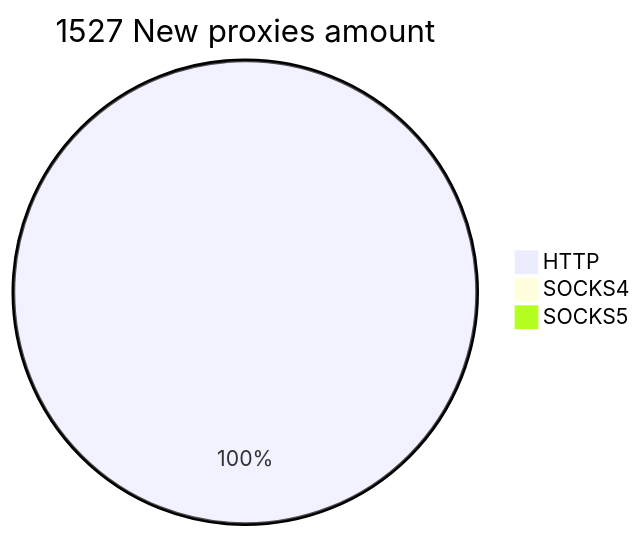
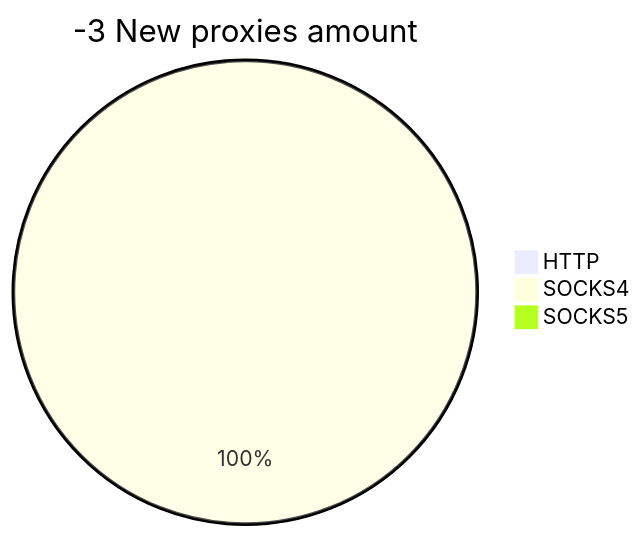
The second of 2 diagrams in README.md (cutipu/proxylist), drawn with Mermaid before and after one commit. The commit also changed other lines of this file, not shown here.

````diff
--- a/README.md
+++ b/README.md
@@ -10,6 +10,6 @@
 ```mermaid
-pie title 1527 New proxies amount
-    "HTTP" : 1527
-    "SOCKS4" : 0
-    "SOCKS5" : 1
+pie title -3 New proxies amount
+    "HTTP" : 0
+    "SOCKS4" : 5
+    "SOCKS5" : 0
 ```
````
